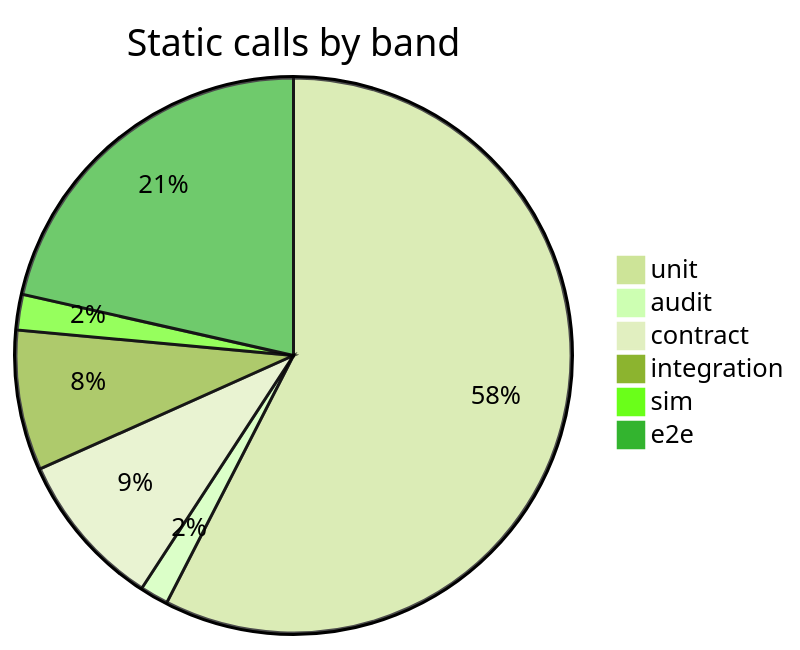
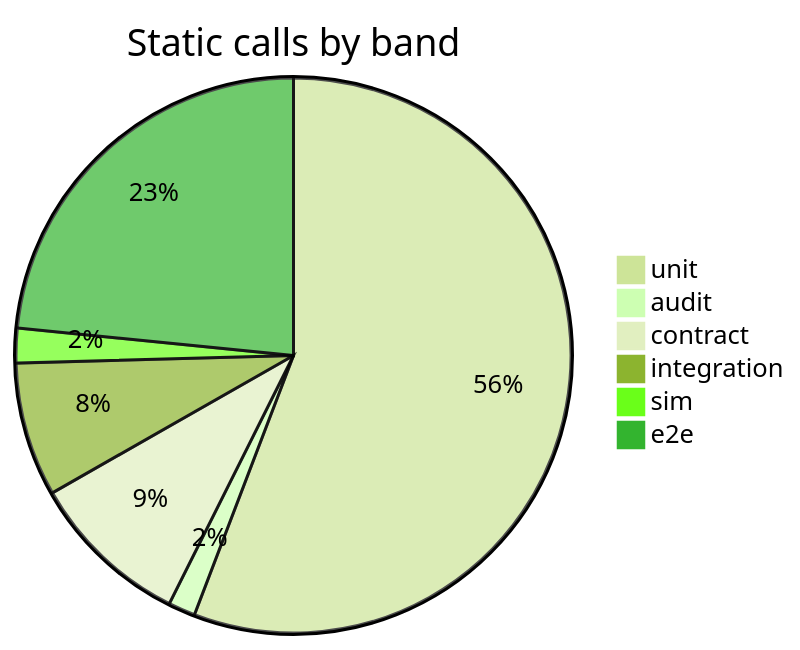
The first of 3 diagrams in README.md (recferret-bit/freightchain), drawn with Mermaid (forest theme) before and after one commit. The commit also changed other lines of this file and 12 other files, not shown here.

First line of the commit message:
Test census: coverage per feature, user flow, controller and route

````diff
--- a/README.md
+++ b/README.md
@@ -87,9 +87,9 @@
 ```mermaid
 pie title Static calls by band
-    "unit" : 973
+    "unit" : 994
     "audit" : 28
-    "contract" : 154
-    "integration" : 138
-    "sim" : 35
-    "e2e" : 363
+    "contract" : 167
+    "integration" : 139
+    "sim" : 36
+    "e2e" : 417
 ```
````
